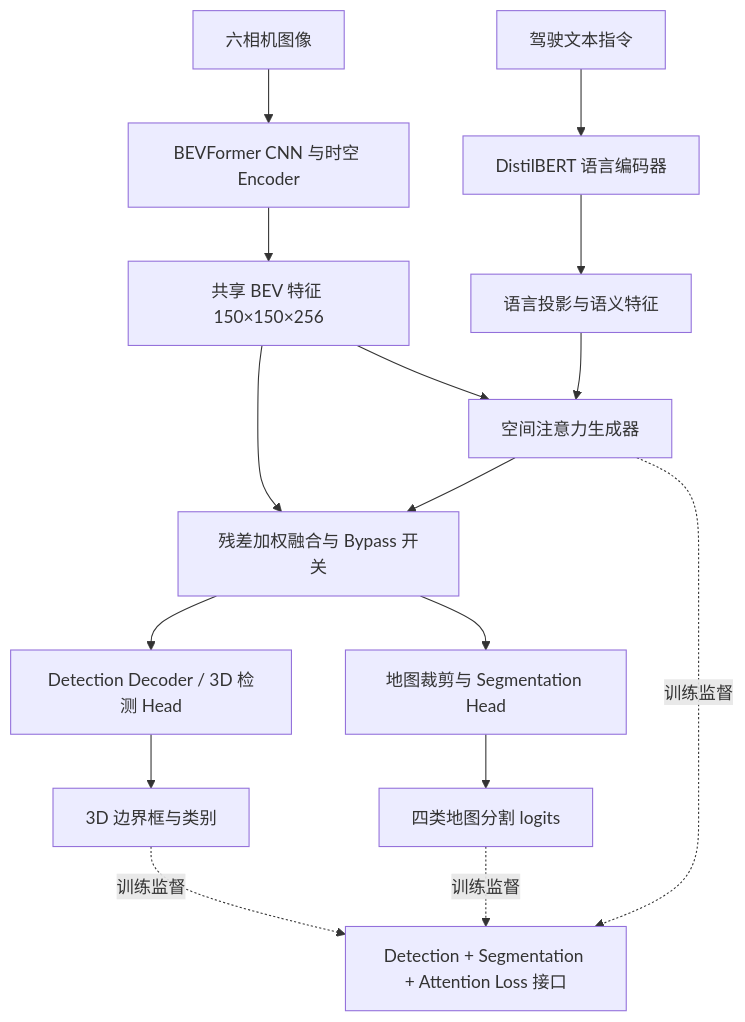
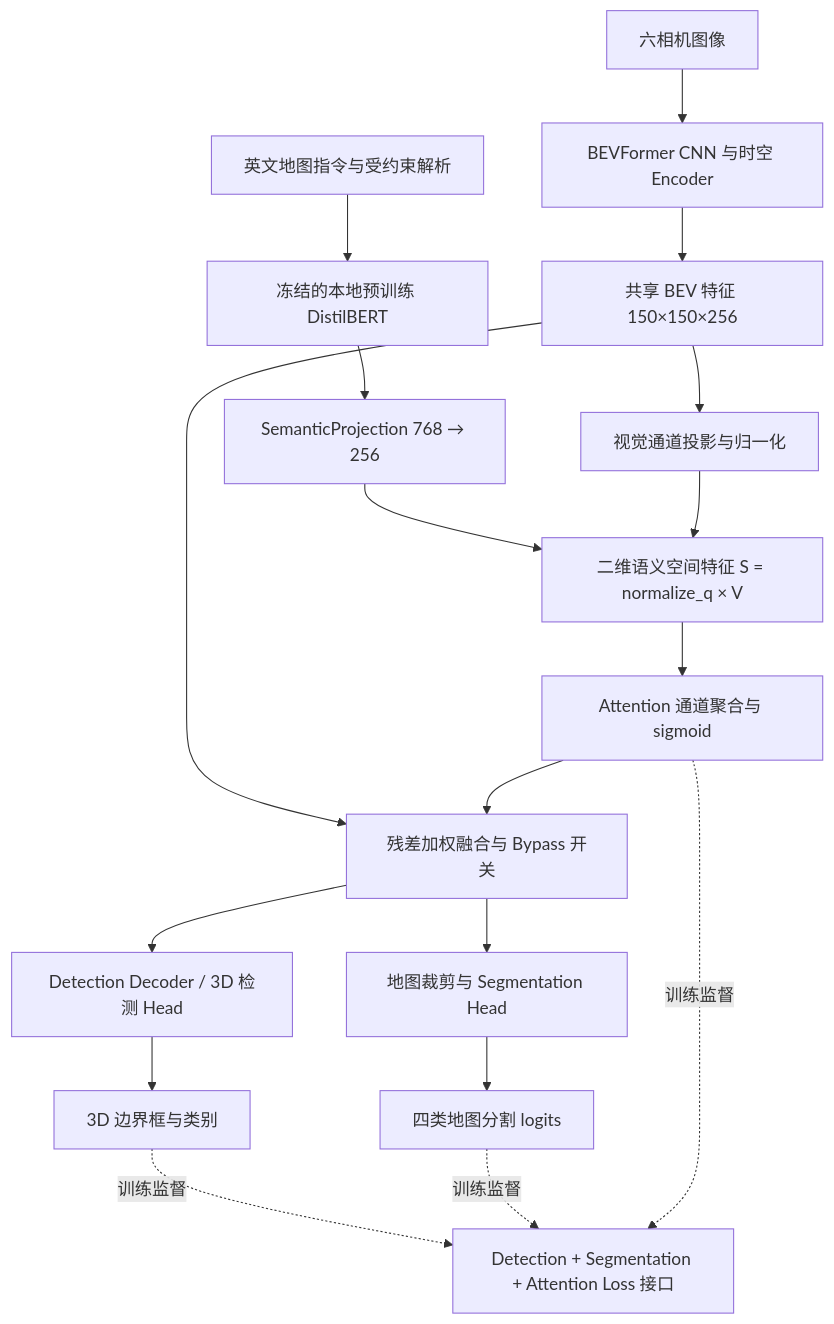
One commit to JiaxuanJin/bev_vla_internship changed the diagram in docs/stage2/11_模块架构设计.md. Above: the diagram before and after it, drawn with Mermaid. The commit also changed other lines of this file and 99 other files, not shown here.

````diff
--- a/docs/stage2/11_模块架构设计.md
+++ b/docs/stage2/11_模块架构设计.md
@@ -5,18 +9,20 @@
 ```mermaid
 flowchart TD
     IMG[六相机图像] --> ENCODER[BEVFormer CNN 与时空 Encoder]
-    TEXT[驾驶文本指令] --> DISTIL[DistilBERT 语言编码器]
-    DISTIL --> PROJ[语言投影与语义特征]
+    TEXT[英文地图指令与受约束解析] --> DISTIL[冻结的本地预训练 DistilBERT]
+    DISTIL --> PROJ[SemanticProjection 768 → 256]
     ENCODER --> BEV[共享 BEV 特征 150×150×256]
-    BEV --> ATT[空间注意力生成器]
-    PROJ --> ATT
+    BEV --> VIS[视觉通道投影与归一化]
+    PROJ --> SPACE[二维语义空间特征 S = normalize_q × V]
+    VIS --> SPACE
+    SPACE --> ATT[Attention 通道聚合与 sigmoid]
     BEV --> FUSION[残差加权融合与 Bypass 开关]
     ATT --> FUSION
     FUSION --> DET[Detection Decoder / 3D 检测 Head]
     FUSION --> SEG[地图裁剪与 Segmentation Head]
     DET --> DETOUT[3D 边界框与类别]
     SEG --> SEGOUT[四类地图分割 logits]
     DETOUT -.训练监督.-> LOSS[Detection + Segmentation + Attention Loss 接口]
     SEGOUT -.训练监督.-> LOSS
     ATT -.训练监督.-> LOSS
 ```
````
